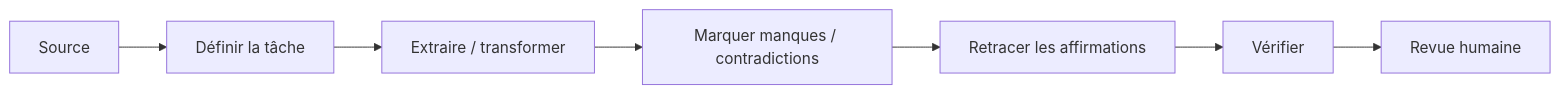
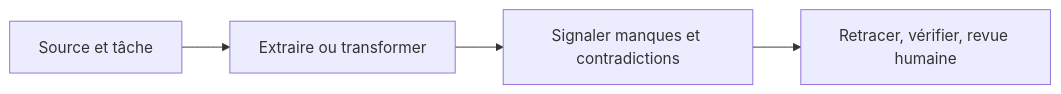
One commit to Ange230700/ibm-ai-foundations-for-everyone-notes changed the diagram in teaching/visuals/s04/fr/source-grounded-method.mmd. Above: the diagram before and after it, drawn with Mermaid. The commit also changed 12 other files, not shown here.

```diff
--- a/teaching/visuals/s04/fr/source-grounded-method.mmd
+++ b/teaching/visuals/s04/fr/source-grounded-method.mmd
@@ -1,7 +1,4 @@
 flowchart LR
- A["Source"] --> B["Définir la tâche"]
- B --> C["Extraire / transformer"]
- C --> D["Marquer manques / contradictions"]
- D --> E["Retracer les affirmations"]
- E --> F["Vérifier"]
- F --> G["Revue humaine"]
+ A["Source et tâche"] --> B["Extraire ou transformer"]
+ B --> C["Signaler manques et contradictions"]
+ C --> D["Retracer, vérifier, revue humaine"]
```
